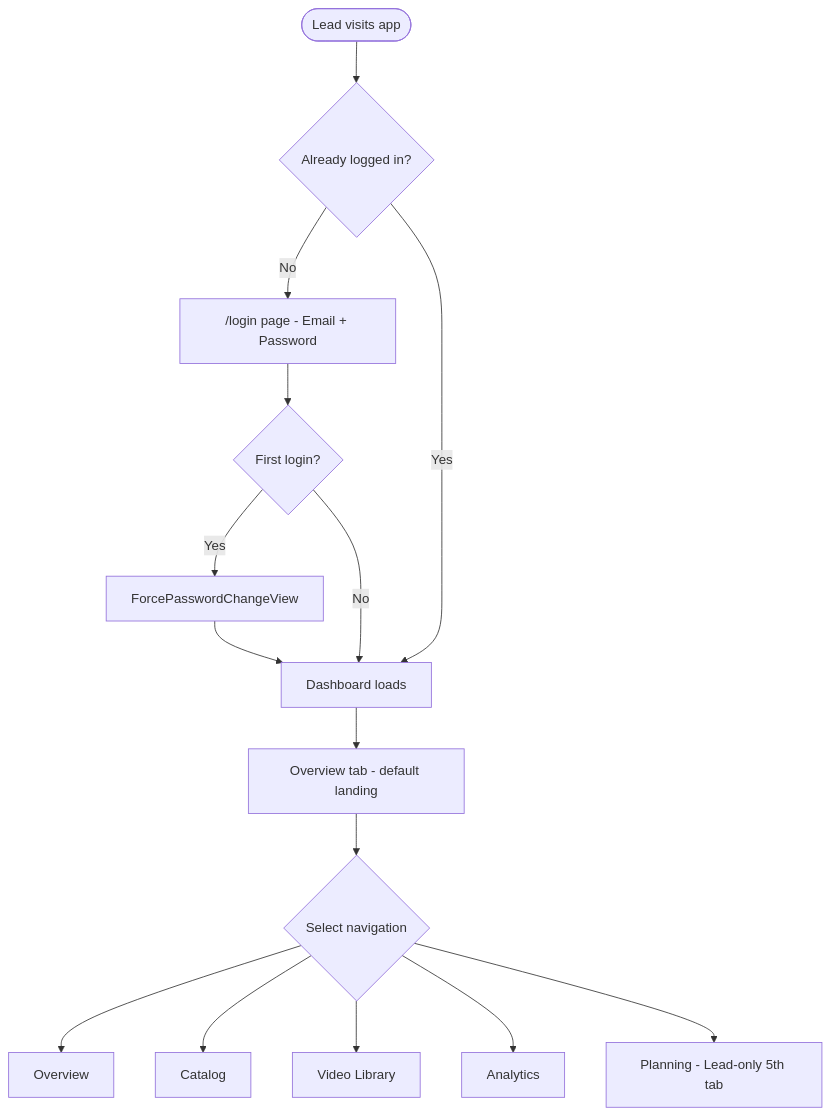
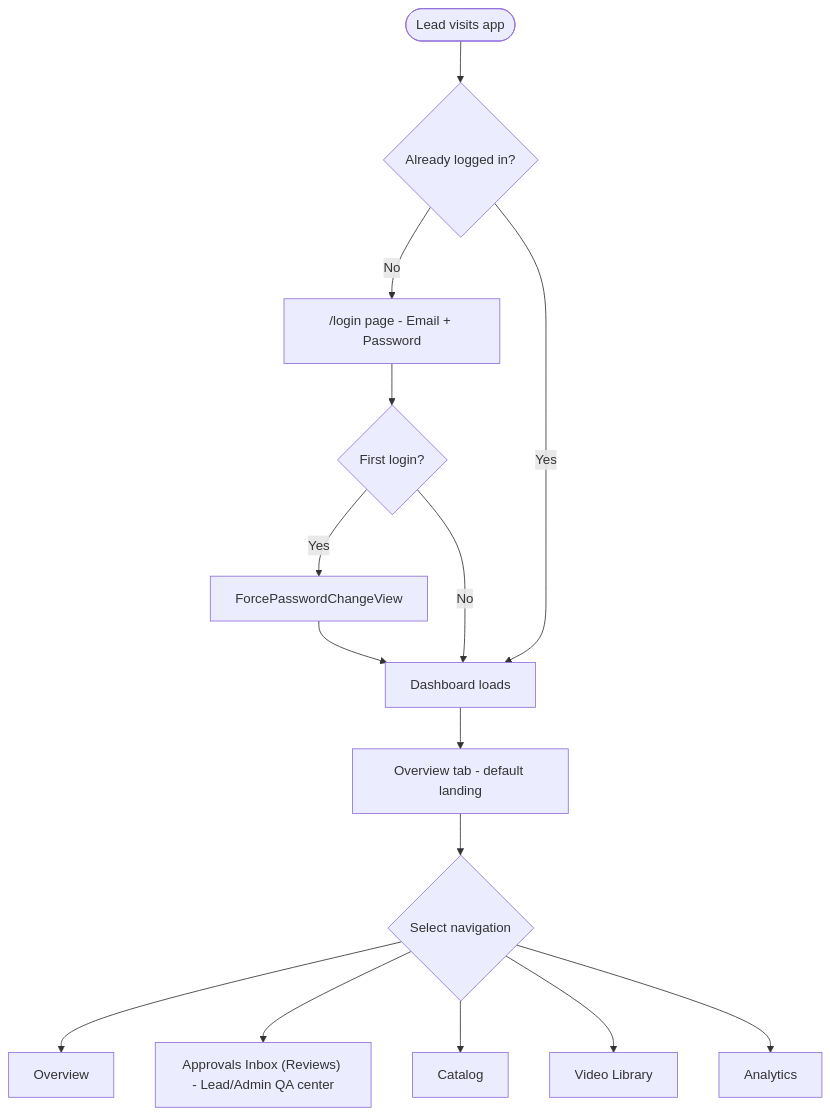
The eighth of 18 diagrams in role_workflows.md (Lyduke56/BuckedUp-Dashboard-Lifewood), drawn with Mermaid before and after one commit. The commit also changed other lines of this file and 6 other files, not shown here.

````diff
--- a/role_workflows.md
+++ b/role_workflows.md
@@ -310,17 +258,17 @@
 ```mermaid
 flowchart TD
     A([Lead visits app]) --> B{Already logged in?}
     B -- No --> C["/login page - Email + Password"]
     C --> D{First login?}
     D -- Yes --> E[ForcePasswordChangeView]
     E --> F[Dashboard loads]
     D -- No --> F
     B -- Yes --> F
     F --> G["Overview tab - default landing"]
     G --> H{Select navigation}
     H --> TAB1[Overview]
-    H --> TAB2[Catalog]
-    H --> TAB3[Video Library]
-    H --> TAB4[Analytics]
-    H --> TAB5["Planning - Lead-only 5th tab"]
+    H --> TAB2["Approvals Inbox (Reviews) - Lead/Admin QA center"]
+    H --> TAB3[Catalog]
+    H --> TAB4[Video Library]
+    H --> TAB5[Analytics]
 ```
````
